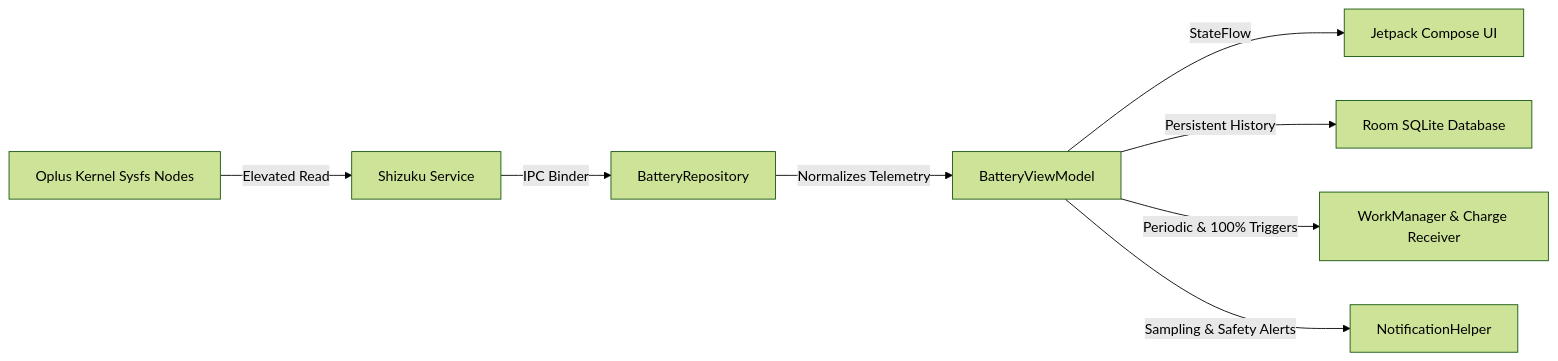
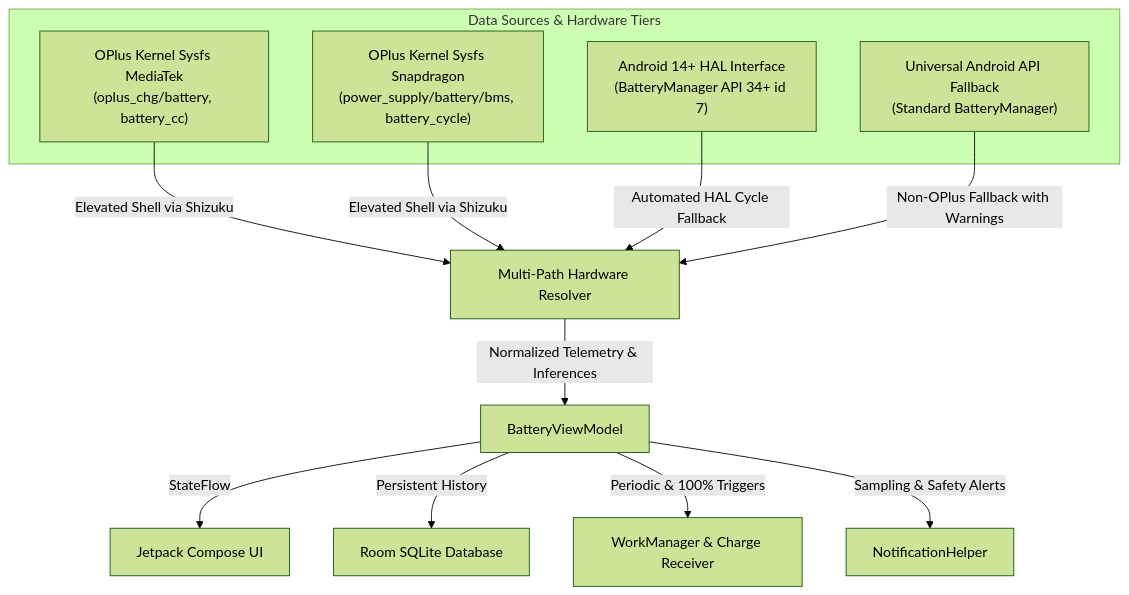
The diagram in README.md (FrancescoMin/batteryhealthtracker), drawn with Mermaid (forest theme) before and after one commit. The commit also changed other lines of this file, not shown here.

Commit message:
docs: clarify verified battery database disclaimer and detail multi-tier processor fallback architecture

````diff
--- a/README.md
+++ b/README.md
@@ -144,10 +155,19 @@
 ```mermaid
-flowchart LR
-    A[Oplus Kernel Sysfs Nodes] -->|Elevated Read| B[Shizuku Service]
-    B -->|IPC Binder| C[BatteryRepository]
-    C -->|Normalizes Telemetry| D[BatteryViewModel]
-    D -->|StateFlow| E[Jetpack Compose UI]
-    D -->|Persistent History| F[Room SQLite Database]
-    D -->|Periodic & 100% Triggers| G[WorkManager & Charge Receiver]
-    D -->|Sampling & Safety Alerts| H[NotificationHelper]
+flowchart TD
+    subgraph Data Sources & Hardware Tiers
+        A1["OPlus Kernel Sysfs MediaTek<br/>(oplus_chg/battery, battery_cc)"]
+        A2["OPlus Kernel Sysfs Snapdragon<br/>(power_supply/battery/bms, battery_cycle)"]
+        A3["Android 14+ HAL Interface<br/>(BatteryManager API 34+ id 7)"]
+        A4["Universal Android API Fallback<br/>(Standard BatteryManager)"]
+    end
+    
+    A1 & A2 -->|Elevated Shell via Shizuku| B[Multi-Path Hardware Resolver]
+    A3 -->|Automated HAL Cycle Fallback| B
+    A4 -->|Non-OPlus Fallback with Warnings| B
+    
+    B -->|Normalized Telemetry & Inferences| C[BatteryViewModel]
+    C -->|StateFlow| D[Jetpack Compose UI]
+    C -->|Persistent History| E[Room SQLite Database]
+    C -->|Periodic & 100% Triggers| F[WorkManager & Charge Receiver]
+    C -->|Sampling & Safety Alerts| G[NotificationHelper]
 ```
````
